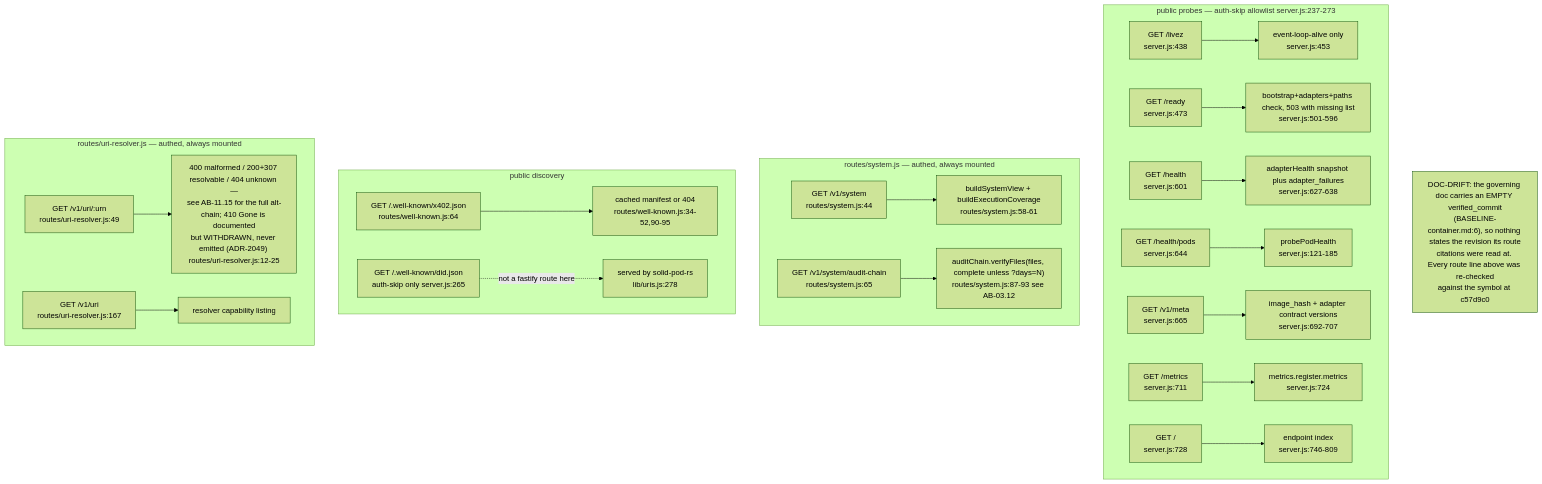
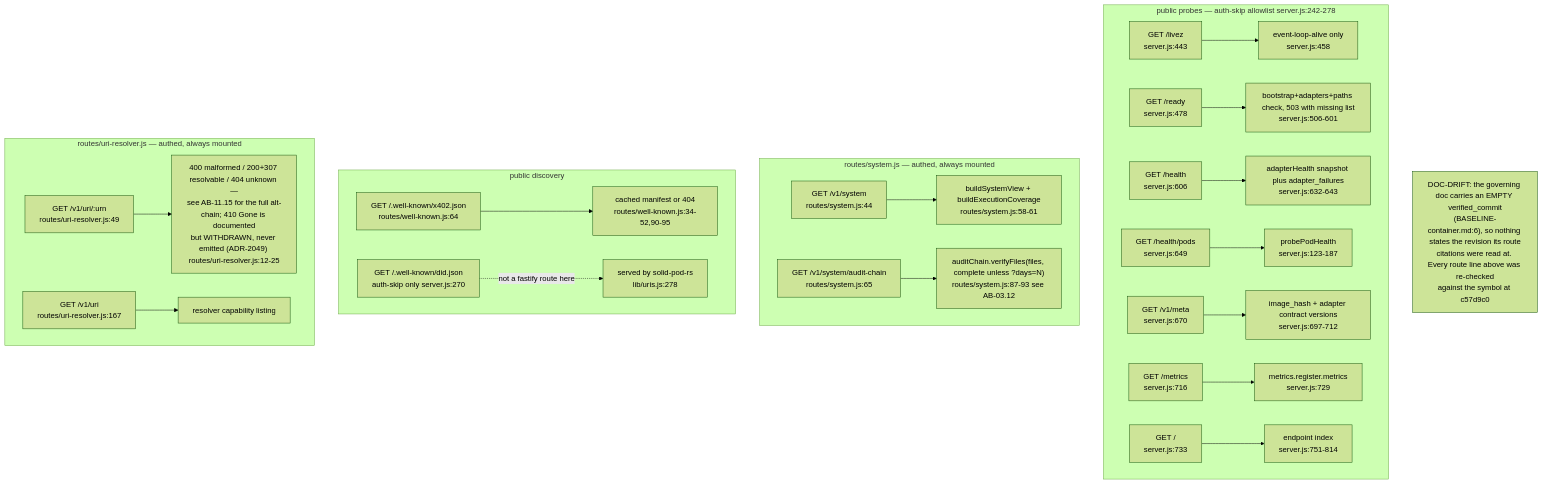
One commit to DreamLab-AI/VisionFlow changed the sixth of 19 diagrams in docs/diagrams/agentbox/03-management-api-request-lifecycle.md. Above: the diagram before and after it, drawn with Mermaid (forest theme). The commit also changed other lines of this file and 18 other files, not shown here.

First line of the commit message:
docs(diagrams): freeze panels for fixed defects and add successors at the fix revisions

````diff
--- a/docs/diagrams/agentbox/03-management-api-request-lifecycle.md
+++ b/docs/diagrams/agentbox/03-management-api-request-lifecycle.md
@@ -293,25 +297,25 @@
 ```mermaid
 flowchart TD
-    subgraph probes["public probes — auth-skip allowlist server.js:237-273"]
-        A1["GET /livez<br/>server.js:438"] --> H1["event-loop-alive only<br/>server.js:453"]
-        A2["GET /ready<br/>server.js:473"] --> H2["bootstrap+adapters+paths check, 503 with missing list<br/>server.js:501-596"]
-        A3["GET /health<br/>server.js:601"] --> H3["adapterHealth snapshot plus adapter_failures<br/>server.js:627-638"]
-        A4["GET /health/pods<br/>server.js:644"] --> H4["probePodHealth<br/>server.js:121-185"]
-        A5["GET /v1/meta<br/>server.js:665"] --> H5["image_hash + adapter contract versions<br/>server.js:692-707"]
-        A6["GET /metrics<br/>server.js:711"] --> H6["metrics.register.metrics<br/>server.js:724"]
-        A7["GET /<br/>server.js:728"] --> H7["endpoint index<br/>server.js:746-809"]
+    subgraph probes["public probes — auth-skip allowlist server.js:242-278"]
+        A1["GET /livez<br/>server.js:443"] --> H1["event-loop-alive only<br/>server.js:458"]
+        A2["GET /ready<br/>server.js:478"] --> H2["bootstrap+adapters+paths check, 503 with missing list<br/>server.js:506-601"]
+        A3["GET /health<br/>server.js:606"] --> H3["adapterHealth snapshot plus adapter_failures<br/>server.js:632-643"]
+        A4["GET /health/pods<br/>server.js:649"] --> H4["probePodHealth<br/>server.js:123-187"]
+        A5["GET /v1/meta<br/>server.js:670"] --> H5["image_hash + adapter contract versions<br/>server.js:697-712"]
+        A6["GET /metrics<br/>server.js:716"] --> H6["metrics.register.metrics<br/>server.js:729"]
+        A7["GET /<br/>server.js:733"] --> H7["endpoint index<br/>server.js:751-814"]
     end
     subgraph sysroutes["routes/system.js — authed, always mounted"]
         B1["GET /v1/system<br/>routes/system.js:44"] --> HB1["buildSystemView + buildExecutionCoverage<br/>routes/system.js:58-61"]
         B2["GET /v1/system/audit-chain<br/>routes/system.js:65"] --> HB2["auditChain.verifyFiles(files, complete unless ?days=N)<br/>routes/system.js:87-93 see AB-03.12"]
     end
     subgraph wellknown["public discovery"]
         C1["GET /.well-known/x402.json<br/>routes/well-known.js:64"] --> HC1["cached manifest or 404<br/>routes/well-known.js:34-52,90-95"]
-        C2["GET /.well-known/did.json<br/>auth-skip only server.js:265"] -.->|"not a fastify route here"| HC2["served by solid-pod-rs<br/>lib/uris.js:278"]
+        C2["GET /.well-known/did.json<br/>auth-skip only server.js:270"] -.->|"not a fastify route here"| HC2["served by solid-pod-rs<br/>lib/uris.js:278"]
     end
     subgraph uri["routes/uri-resolver.js — authed, always mounted"]
         D1["GET /v1/uri/:urn<br/>routes/uri-resolver.js:49"] --> HD1["400 malformed / 200+307 resolvable / 404 unknown —<br/>see AB-11.15 for the full alt-chain; 410 Gone is documented<br/>but WITHDRAWN, never emitted (ADR-2049) routes/uri-resolver.js:12-25"]
         D2["GET /v1/uri<br/>routes/uri-resolver.js:167"] --> HD2["resolver capability listing"]
     end
     Note1["DOC-DRIFT: the governing doc carries an EMPTY verified_commit<br/>(BASELINE-container.md:6), so nothing states the revision its route<br/>citations were read at. Every route line above was re-checked<br/>against the symbol at c57d9c0"]
 ```
````
